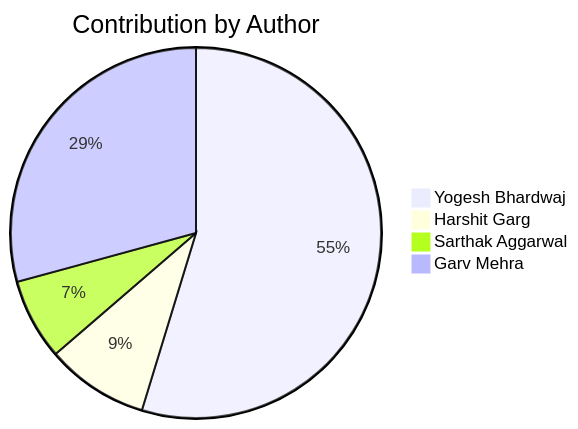
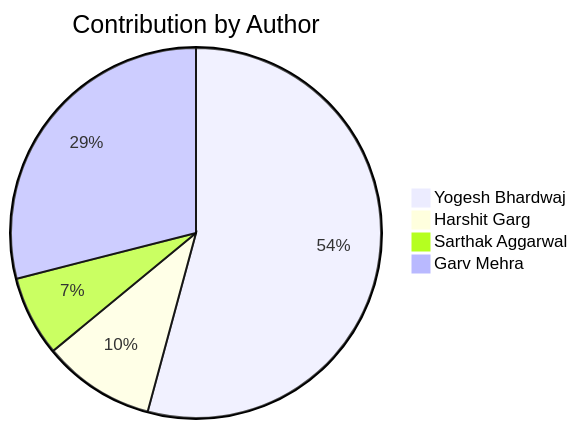
One commit to Yogesh-Bhardwaj-hue/Scm-Final_2.0 changed the second of 2 diagrams in README.md. Above: the diagram before and after it, drawn with Mermaid. The commit also changed other lines of this file, not shown here.

Commit message:
Update contribution charts

````diff
--- a/README.md
+++ b/README.md
@@ -192,7 +192,7 @@
 ```mermaid
 pie title Contribution by Author
     "Yogesh Bhardwaj": 116
-    "Harshit Garg": 19
+    "Harshit Garg": 21
     "Sarthak Aggarwal": 15
     "Garv Mehra": 62
 ```
````
